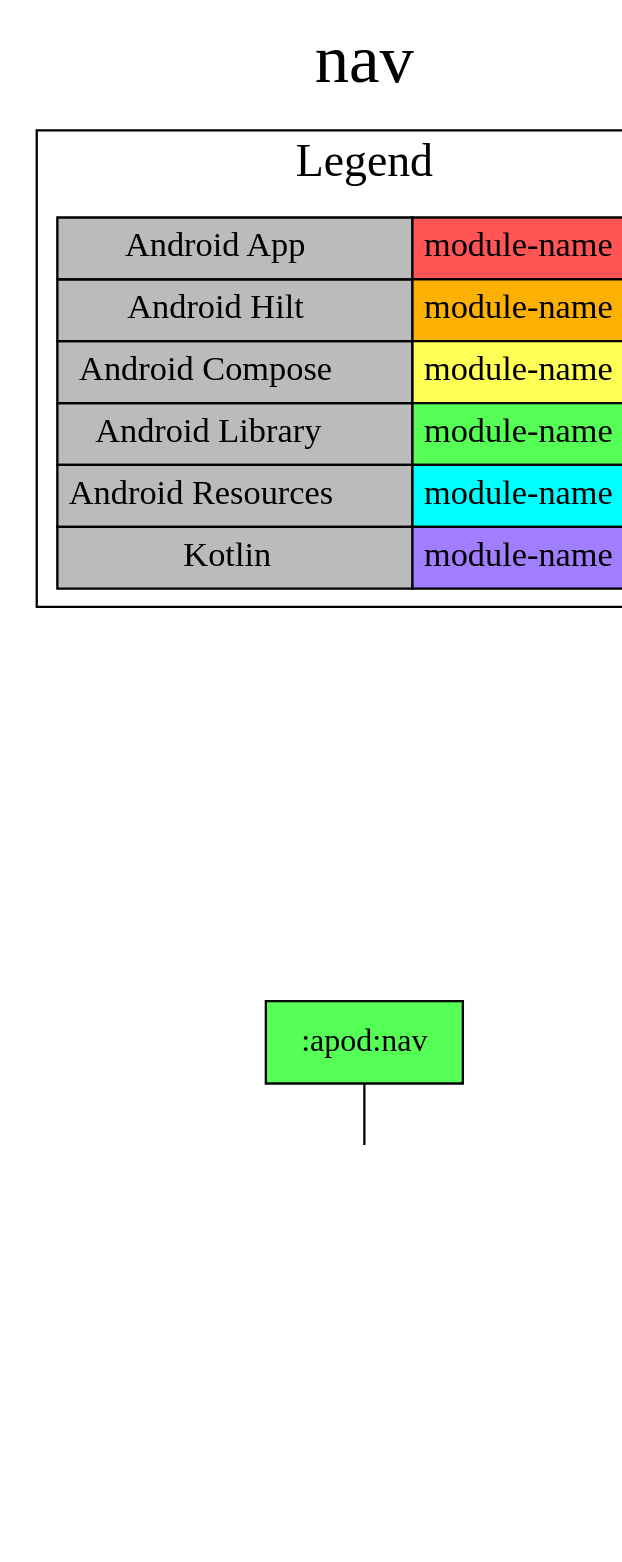
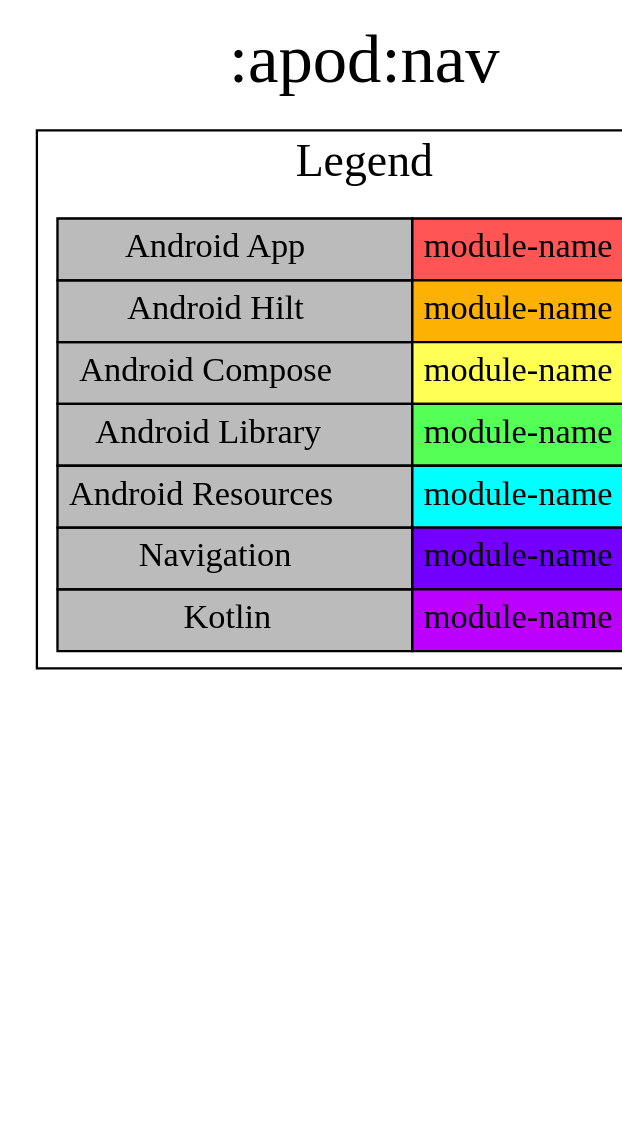
One commit to jonapoul/nasa-android changed the diagram in modules/apod/nav/project-dependency-graph.dot. Above: the diagram before and after it, drawn with Graphviz. The commit also changed 162 other files, not shown here.

```diff
--- a/modules/apod/nav/project-dependency-graph.dot
+++ b/modules/apod/nav/project-dependency-graph.dot
@@ -1,26 +1,25 @@
 digraph {
 edge ["dir"="forward"]
-graph ["dpi"="100","label"="nav","labelloc"="t","fontsize"="30","ranksep"="2.5","rankdir"="TB"]
+graph ["dpi"="100","label"=":apod:nav","labelloc"="t","fontsize"="30","ranksep"="2.5","rankdir"="TB"]
 node ["style"="filled"]
-":apod:nav" ["fillcolor"="#55FF55","shape"="box"]
-":apod:model" ["fillcolor"="#A17EFF","shape"="box"]
+":apod:nav" ["fillcolor"="#7300FF","shape"="box"]
 {
 edge ["dir"="none"]
 graph ["rank"="same"]
 }
-":apod:nav" -> ":apod:model"
 subgraph "cluster_legend" {
 edge ["dir"="none"]
 graph ["label"="Legend","fontsize"="20"]
 "Legend" ["style"="filled","fillcolor"="#bbbbbb","shape"="none","margin"="0","fontsize"="15","label"=<
 <TABLE BORDER="0" CELLBORDER="1" CELLSPACING="0" CELLPADDING="4">
 <TR><TD>Android App</TD><TD BGCOLOR="#FF5555">module-name</TD></TR>
 <TR><TD>Android Hilt</TD><TD BGCOLOR="#FCB103">module-name</TD></TR>
 <TR><TD>Android Compose</TD><TD BGCOLOR="#FFFF55">module-name</TD></TR>
 <TR><TD>Android Library</TD><TD BGCOLOR="#55FF55">module-name</TD></TR>
 <TR><TD>Android Resources</TD><TD BGCOLOR="#00FFFF">module-name</TD></TR>
-<TR><TD>Kotlin</TD><TD BGCOLOR="#A17EFF">module-name</TD></TR>
+<TR><TD>Navigation</TD><TD BGCOLOR="#7300FF">module-name</TD></TR>
+<TR><TD>Kotlin</TD><TD BGCOLOR="#BB00FF">module-name</TD></TR>
 </TABLE>
 >]
 } -> ":apod:nav" ["style"="invis"]
 }
```
